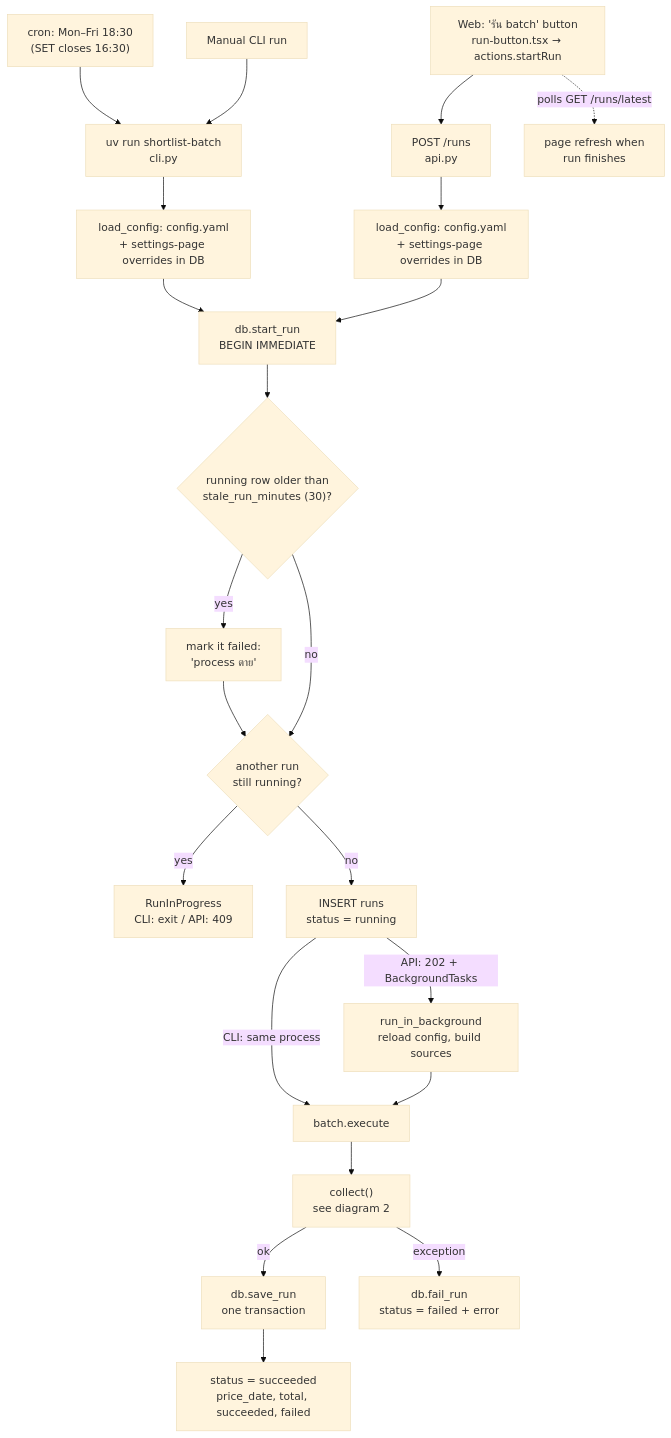
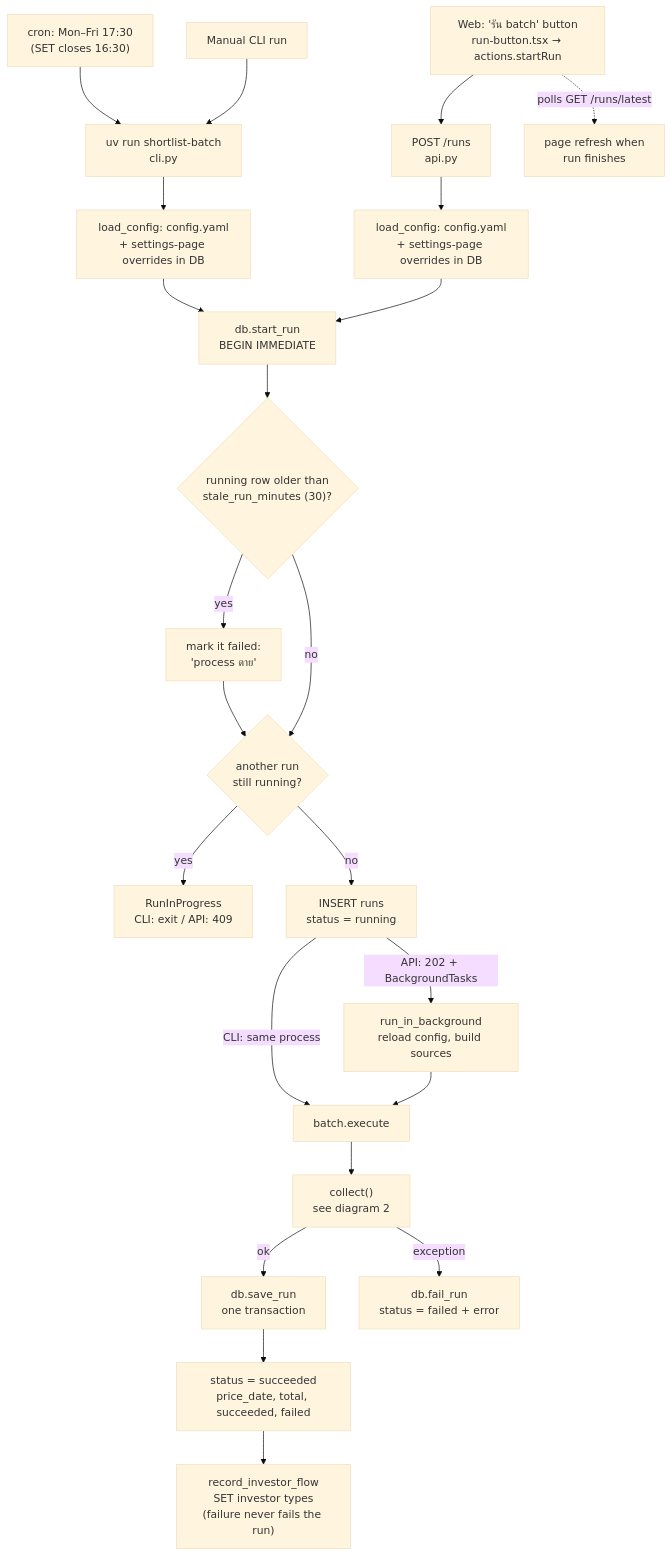
Before and after one commit to wichaisw/stock-thesis: the first of 3 diagrams in docs/batch-flow.md, drawn with Mermaid (base theme). The commit also changed other lines of this file and 1 other file, not shown here.

````diff
--- a/docs/batch-flow.md
+++ b/docs/batch-flow.md
@@ -5,28 +7,29 @@
 ```mermaid
 flowchart TD
-    cron["cron: Mon–Fri 18:30<br/>(SET closes 16:30)"] --> cli["uv run shortlist-batch<br/>cli.py"]
+    cron["cron: Mon–Fri 17:30<br/>(SET closes 16:30)"] --> cli["uv run shortlist-batch<br/>cli.py"]
     manual["Manual CLI run"] --> cli
     btn["Web: 'รัน batch' button<br/>run-button.tsx → actions.startRun"] --> post["POST /runs<br/>api.py"]
 
     cli --> cfg1["load_config: config.yaml<br/>+ settings-page overrides in DB"]
     post --> cfg2["load_config: config.yaml<br/>+ settings-page overrides in DB"]
 
     cfg1 --> start["db.start_run<br/>BEGIN IMMEDIATE"]
     cfg2 --> start
 
     start --> stale{"running row older than<br/>stale_run_minutes (30)?"}
     stale -- yes --> markdead["mark it failed:<br/>'process ตาย'"] --> busy
     stale -- no --> busy{"another run<br/>still running?"}
     busy -- yes --> reject["RunInProgress<br/>CLI: exit / API: 409"]
     busy -- no --> insert["INSERT runs<br/>status = running"]
 
     insert -->|CLI: same process| exec["batch.execute"]
     insert -->|API: 202 + BackgroundTasks| bg["run_in_background<br/>reload config, build sources"] --> exec
 
     exec --> collect["collect()<br/>see diagram 2"]
     collect -->|ok| save["db.save_run<br/>one transaction"]
     collect -->|exception| fail["db.fail_run<br/>status = failed + error"]
     save --> done["status = succeeded<br/>price_date, total, succeeded, failed"]
+    done --> flow["record_investor_flow<br/>SET investor types<br/>(failure never fails the run)"]
 
     btn -.->|polls GET /runs/latest| poll["page refresh when<br/>run finishes"]
 ```
````
